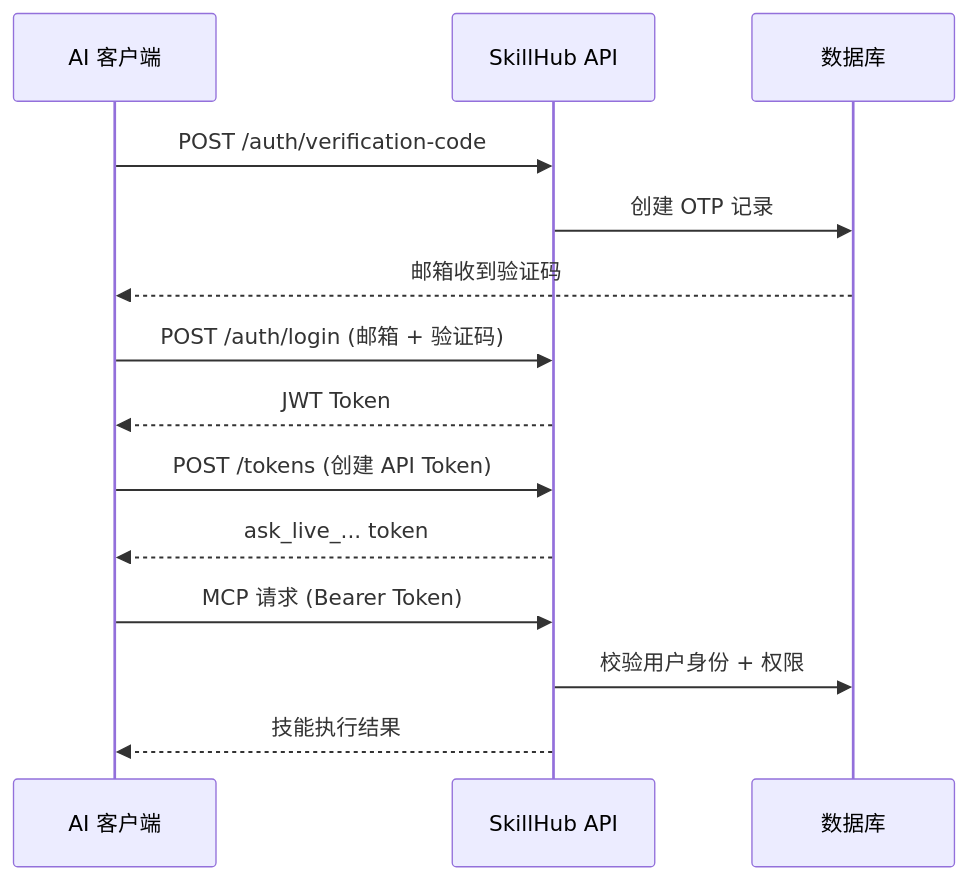
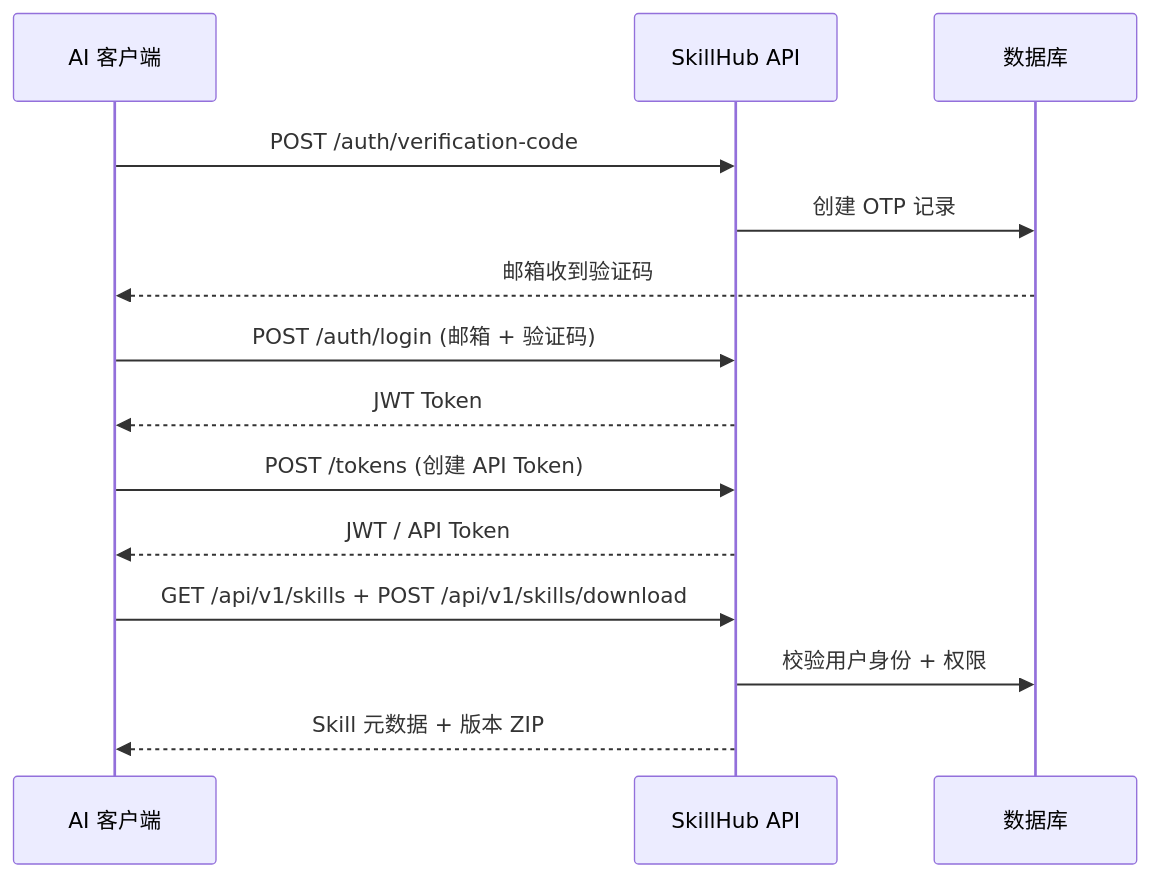
The second of 2 diagrams in README_ZH.md (jiabai/open-skillhub), drawn with Mermaid before and after one commit. The commit also changed other lines of this file and 18 other files, not shown here.

````diff
--- a/README_ZH.md
+++ b/README_ZH.md
@@ -184,20 +170,20 @@
 ```mermaid
 sequenceDiagram
     participant Client as AI 客户端
     participant API as SkillHub API
     participant DB as 数据库
 
     Client->>API: POST /auth/verification-code
     API->>DB: 创建 OTP 记录
     DB-->>Client: 邮箱收到验证码
     
     Client->>API: POST /auth/login (邮箱 + 验证码)
     API-->>Client: JWT Token
     
     Client->>API: POST /tokens (创建 API Token)
-    API-->>Client: ask_live_... token
+    API-->>Client: JWT / API Token
     
-    Client->>API: MCP 请求 (Bearer Token)
+    Client->>API: GET /api/v1/skills + POST /api/v1/skills/download
     API->>DB: 校验用户身份 + 权限
-    API-->>Client: 技能执行结果
+    API-->>Client: Skill 元数据 + 版本 ZIP
 ```
````
